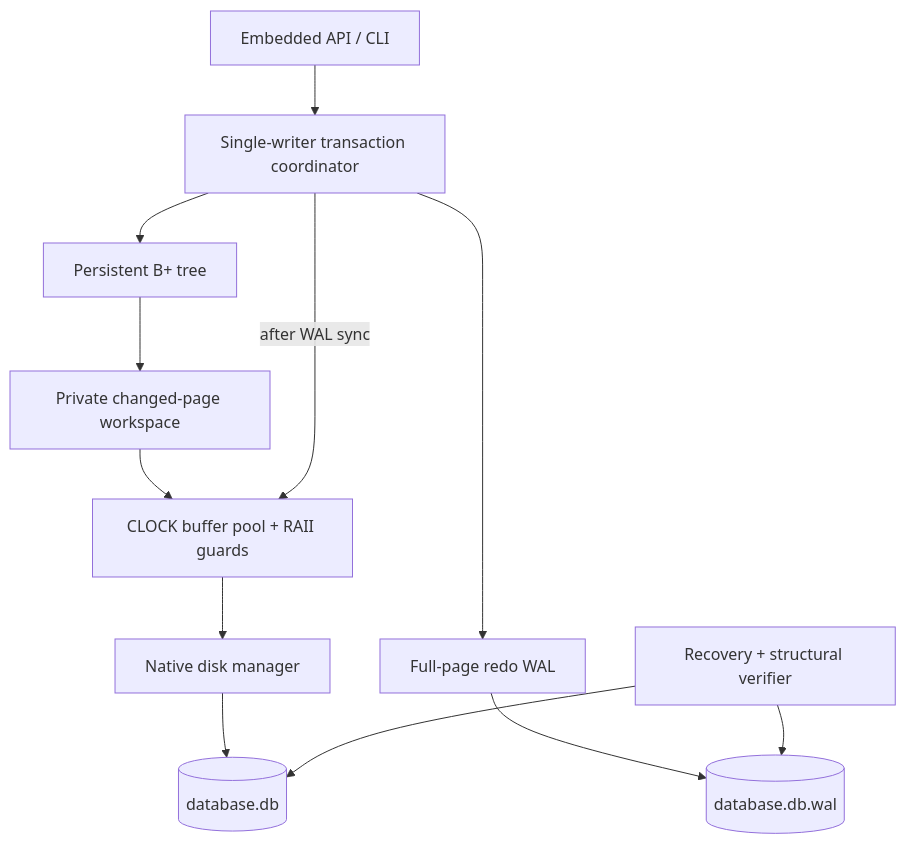
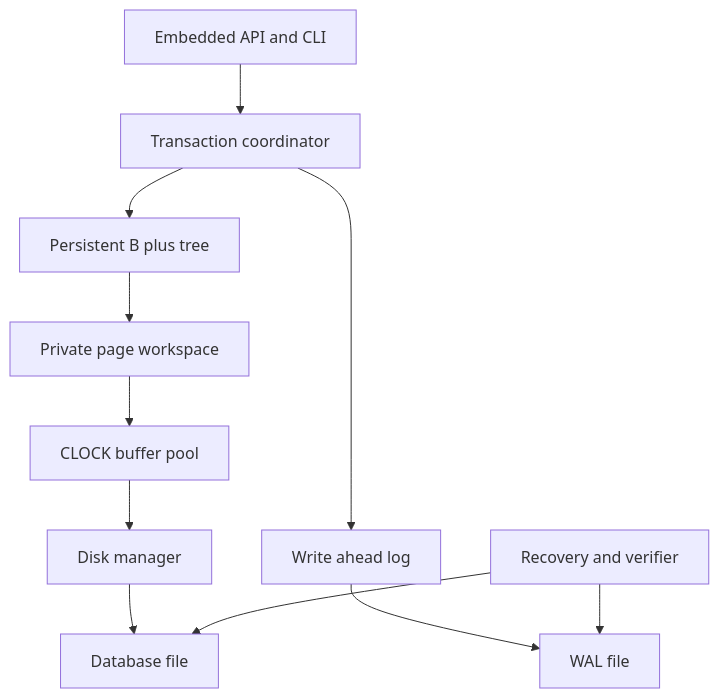
Before and after one commit to JakubOdyssey/AtlasDB: the first of 3 diagrams in README.md, drawn with Mermaid. The commit also changed other lines of this file and 4 other files, not shown here.

Commit message:
Simplify Mermaid diagrams for GitHub rendering

````diff
--- a/README.md
+++ b/README.md
@@ -37,14 +37,23 @@
 ```mermaid
 flowchart TD
-    API["Embedded API / CLI"] --> TX["Single-writer transaction coordinator"]
-    TX --> TREE["Persistent B+ tree"]
-    TREE --> PRIVATE["Private changed-page workspace"]
-    PRIVATE --> BP["CLOCK buffer pool + RAII guards"]
-    TX --> WAL["Full-page redo WAL"]
-    WAL --> LOG[("database.db.wal")]
-    TX -->|"after WAL sync"| BP
-    BP --> DM["Native disk manager"]
-    DM --> DB[("database.db")]
-    REC["Recovery + structural verifier"] --> LOG
-    REC --> DB
+    A["Embedded API and CLI"]
+    B["Transaction coordinator"]
+    C["Persistent B plus tree"]
+    D["Private page workspace"]
+    E["CLOCK buffer pool"]
+    F["Disk manager"]
+    G["Database file"]
+    H["Write ahead log"]
+    I["WAL file"]
+    J["Recovery and verifier"]
+    A --> B
+    B --> C
+    C --> D
+    D --> E
+    E --> F
+    F --> G
+    B --> H
+    H --> I
+    J --> I
+    J --> G
 ```
````
